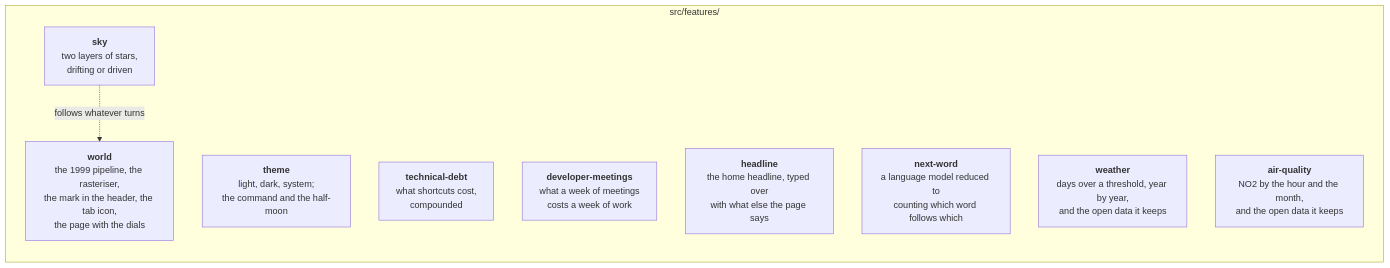
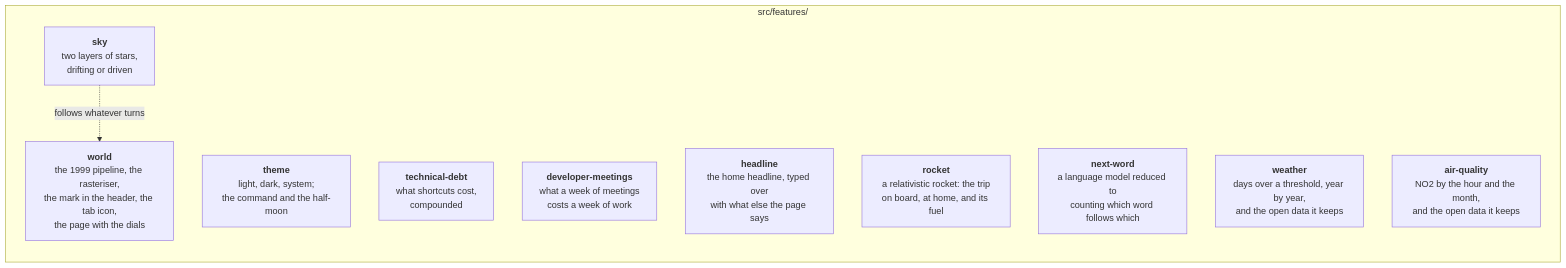
Before and after one commit to drpicox/david-rodenas.com: the second of 6 diagrams in ARCHITECTURE.md, drawn with Mermaid. The commit also changed 16 other files, not shown here.

Commit message:
A relativistic rocket: the sums of the Rocinante Simulator, checked against the Physics FAQ's table, with the original a link away

````diff
--- a/ARCHITECTURE.md
+++ b/ARCHITECTURE.md
@@ -43,16 +43,17 @@
 ```mermaid
 graph LR
   subgraph fs["src/features/"]
     world["<b>world</b><br/>the 1999 pipeline, the rasteriser,<br/>the mark in the header, the tab icon,<br/>the page with the dials"]
     theme["<b>theme</b><br/>light, dark, system;<br/>the command and the half-moon"]
     sky["<b>sky</b><br/>two layers of stars,<br/>drifting or driven"]
     debt["<b>technical-debt</b><br/>what shortcuts cost,<br/>compounded"]
     meetings["<b>developer-meetings</b><br/>what a week of meetings<br/>costs a week of work"]
     headline["<b>headline</b><br/>the home headline, typed over<br/>with what else the page says"]
+    rocket["<b>rocket</b><br/>a relativistic rocket: the trip<br/>on board, at home, and its fuel"]
     nextword["<b>next-word</b><br/>a language model reduced to<br/>counting which word follows which"]
     weather["<b>weather</b><br/>days over a threshold, year by year,<br/>and the open data it keeps"]
     air["<b>air-quality</b><br/>NO2 by the hour and the month,<br/>and the open data it keeps"]
   end
 
   sky -. "follows whatever turns" .-> world
 ```
````
